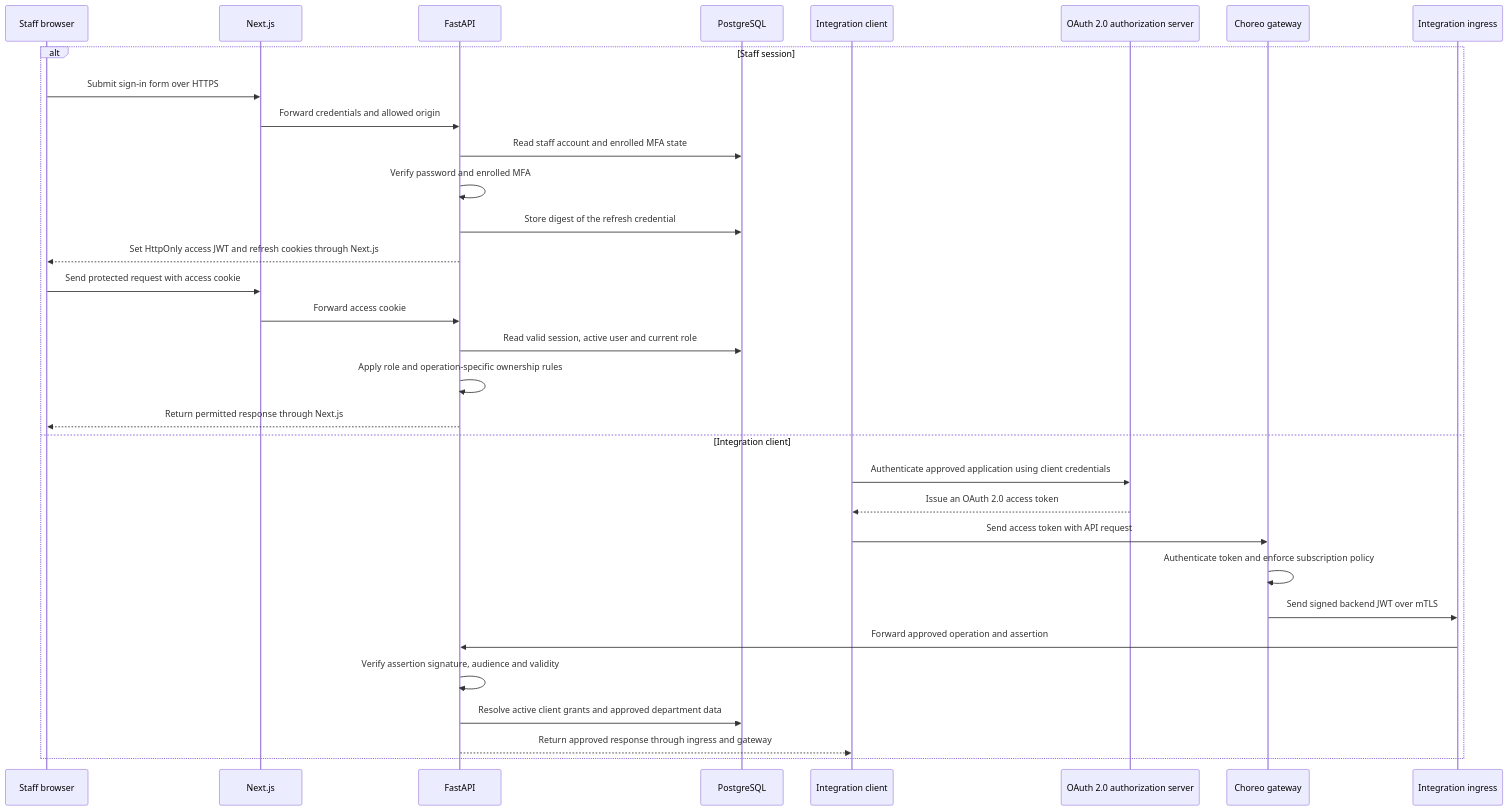
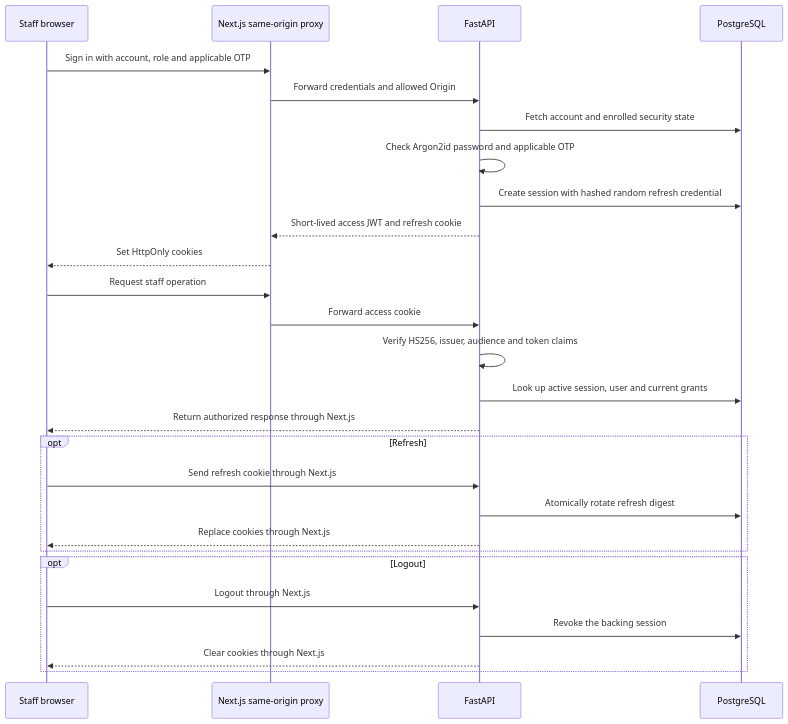
Before and after one commit to denusha1/QueueSense: the diagram in docs/SECURITY_ARCHITECTURE.md, drawn with Mermaid. The commit also changed other lines of this file and 78 other files, not shown here.

````diff
--- a/docs/SECURITY_ARCHITECTURE.md
+++ b/docs/SECURITY_ARCHITECTURE.md
@@ -9,35 +7,29 @@
 ```mermaid
 sequenceDiagram
-    participant S as Staff browser
-    participant N as Next.js
+    participant B as Staff browser
+    participant N as Next.js same-origin proxy
     participant F as FastAPI
     participant D as PostgreSQL
-    participant C as Integration client
-    participant A as OAuth 2.0 authorization server
-    participant G as Choreo gateway
-    participant I as Integration ingress
-
-    alt Staff session
-        S->>N: Submit sign-in form over HTTPS
-        N->>F: Forward credentials and allowed origin
-        F->>D: Read staff account and enrolled MFA state
-        F->>F: Verify password and enrolled MFA
-        F->>D: Store digest of the refresh credential
-        F-->>S: Set HttpOnly access JWT and refresh cookies through Next.js
-        S->>N: Send protected request with access cookie
-        N->>F: Forward access cookie
-        F->>D: Read valid session, active user and current role
-        F->>F: Apply role and operation-specific ownership rules
-        F-->>S: Return permitted response through Next.js
-    else Integration client
-        C->>A: Authenticate approved application using client credentials
-        A-->>C: Issue an OAuth 2.0 access token
-        C->>G: Send access token with API request
-        G->>G: Authenticate token and enforce subscription policy
-        G->>I: Send signed backend JWT over mTLS
-        I->>F: Forward approved operation and assertion
-        F->>F: Verify assertion signature, audience and validity
-        F->>D: Resolve active client grants and approved department data
-        F-->>C: Return approved response through ingress and gateway
+    B->>N: Sign in with account, role and applicable OTP
+    N->>F: Forward credentials and allowed Origin
+    F->>D: Fetch account and enrolled security state
+    F->>F: Check Argon2id password and applicable OTP
+    F->>D: Create session with hashed random refresh credential
+    F-->>N: Short-lived access JWT and refresh cookie
+    N-->>B: Set HttpOnly cookies
+    B->>N: Request staff operation
+    N->>F: Forward access cookie
+    F->>F: Verify HS256, issuer, audience and token claims
+    F->>D: Look up active session, user and current grants
+    F-->>B: Return authorized response through Next.js
+    opt Refresh
+        B->>F: Send refresh cookie through Next.js
+        F->>D: Atomically rotate refresh digest
+        F-->>B: Replace cookies through Next.js
+    end
+    opt Logout
+        B->>F: Logout through Next.js
+        F->>D: Revoke the backing session
+        F-->>B: Clear cookies through Next.js
     end
 ```
````
